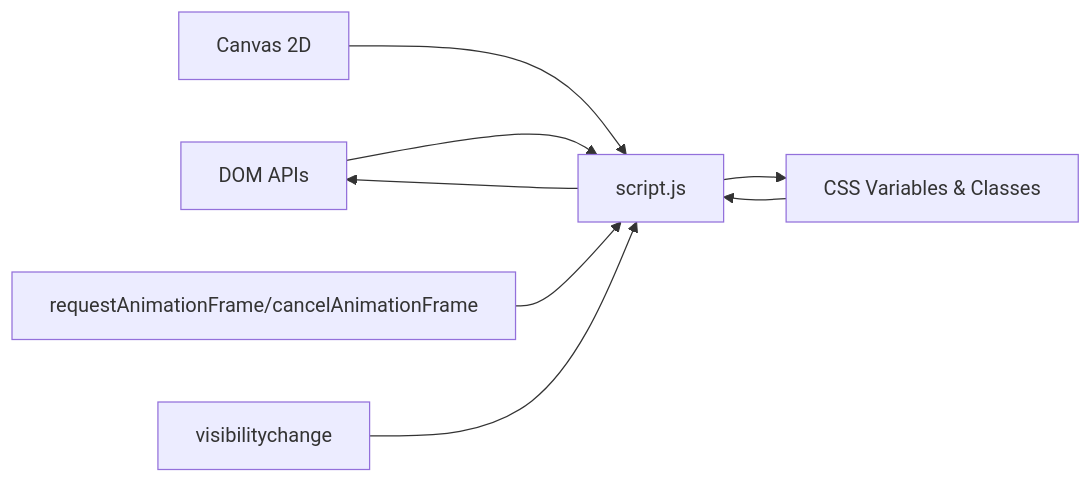
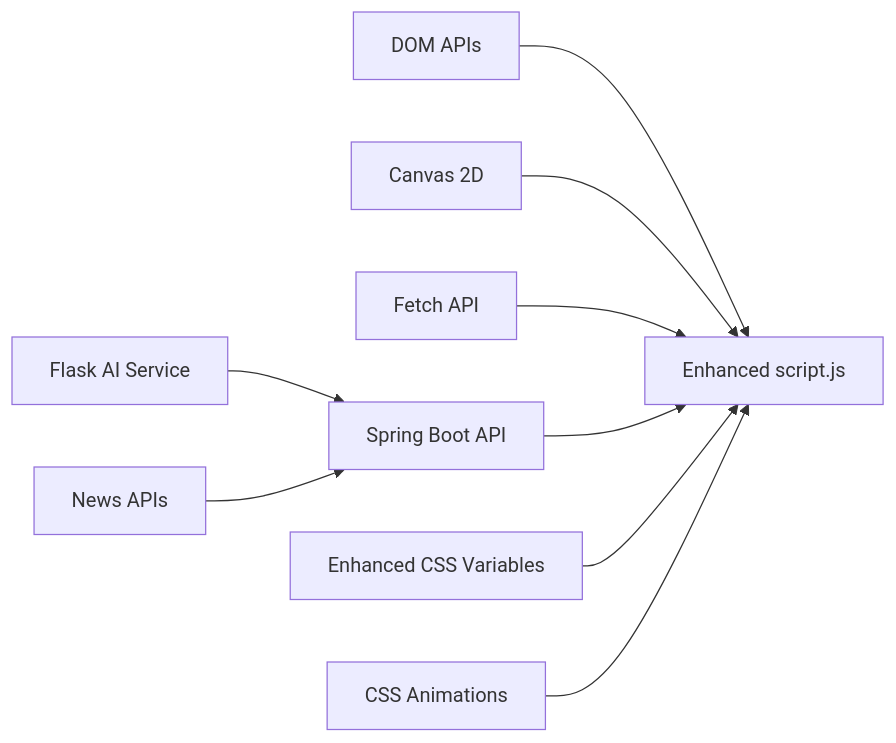
Before and after one commit to ayushtiwari1526/TheReinforcers_AyushTiwari: the seventh of 7 diagrams in .qoder/repowiki/en/content/JavaScript Implementation.md, drawn with Mermaid. The commit also changed other lines of this file and 21 other files, not shown here.

````diff
--- a/.qoder/repowiki/en/content/JavaScript Implementation.md
+++ b/.qoder/repowiki/en/content/JavaScript Implementation.md
@@ -264,10 +305,11 @@
 ```mermaid
 graph LR
-DOM["DOM APIs"] --> Script["script.js"]
+DOM["DOM APIs"] --> Script["Enhanced script.js"]
 Canvas["Canvas 2D"] --> Script
-RAF["requestAnimationFrame/cancelAnimationFrame"] --> Script
-Visibility["visibilitychange"] --> Script
-CSSVars["CSS Variables & Classes"] --> Script
-Script --> DOM
-Script --> CSSVars
+REST["Fetch API"] --> Script
+Backend["Spring Boot API"] --> Script
+Flask["Flask AI Service"] --> Backend
+NewsAPI["News APIs"] --> Backend
+CSSVars["Enhanced CSS Variables"] --> Script
+Animations["CSS Animations"] --> Script
 ```
````
